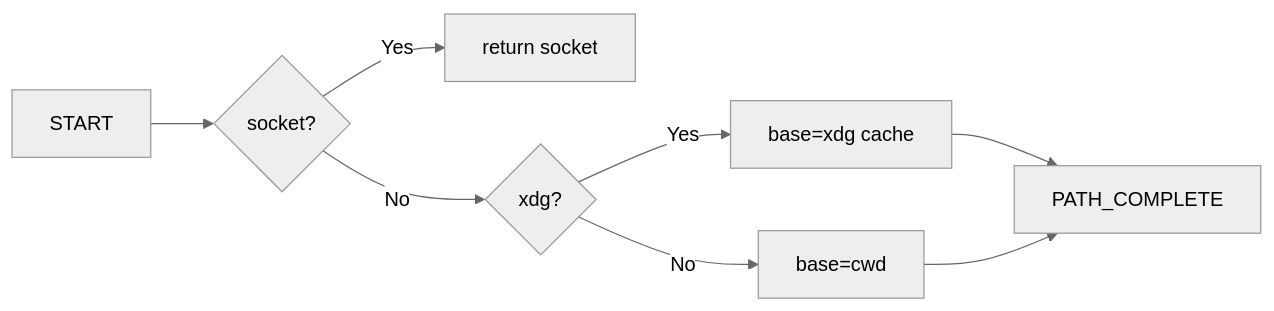
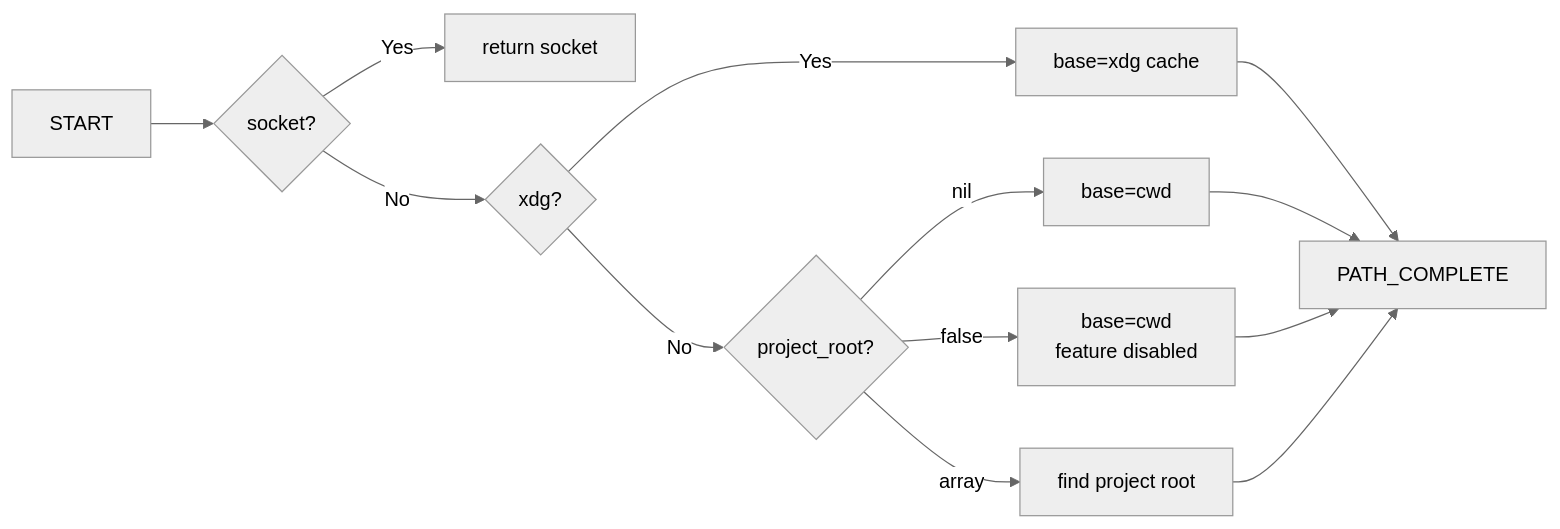
Before and after one commit to rektide/nvim-auto-listen: the first of 2 diagrams in README.md, drawn with Mermaid (neutral theme). The commit also changed other lines of this file and 2 other files, not shown here.

Commit message:
project_root option, for consistent socket location

````diff
--- a/README.md
+++ b/README.md
@@ -50,10 +52,15 @@
 ```mermaid
 flowchart LR
     START --> IS_SOCKET{socket?}
     IS_SOCKET -->|Yes| RETURN_SOCKET[return socket]
     IS_SOCKET -->|No| IS_XDG{xdg?}
     IS_XDG -->|Yes| XDG_CACHE[base=xdg cache]
-    IS_XDG -->|No| CWD[base=cwd]
+    IS_XDG -->|No| PROJ_ROOT{project_root?}
+    PROJ_ROOT -->|nil| CWD[base=cwd]
+    PROJ_ROOT -->|false| DISABLED[base=cwd<br/>feature disabled]
+    PROJ_ROOT -->|array| FIND_ROOT[find project root]
     XDG_CACHE --> PATH_COMPLETE
     CWD --> PATH_COMPLETE
+    DISABLED --> PATH_COMPLETE
+    FIND_ROOT --> PATH_COMPLETE
 ```
````
